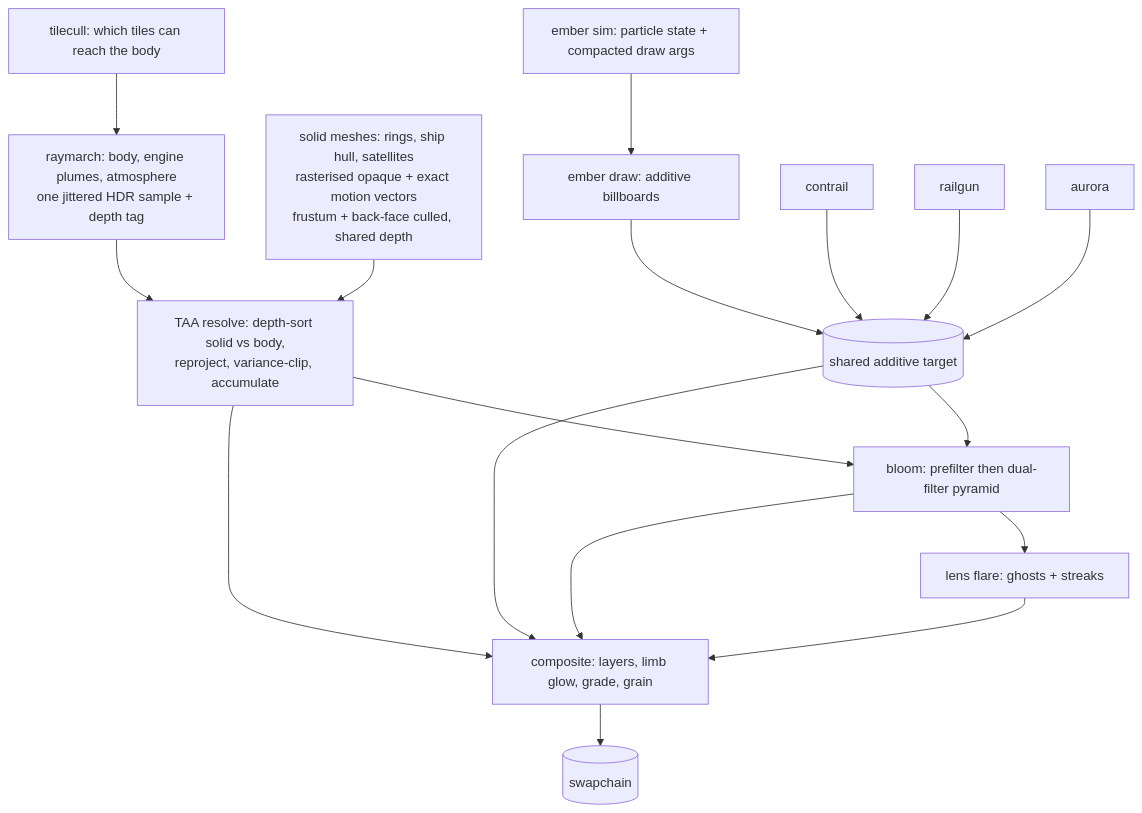
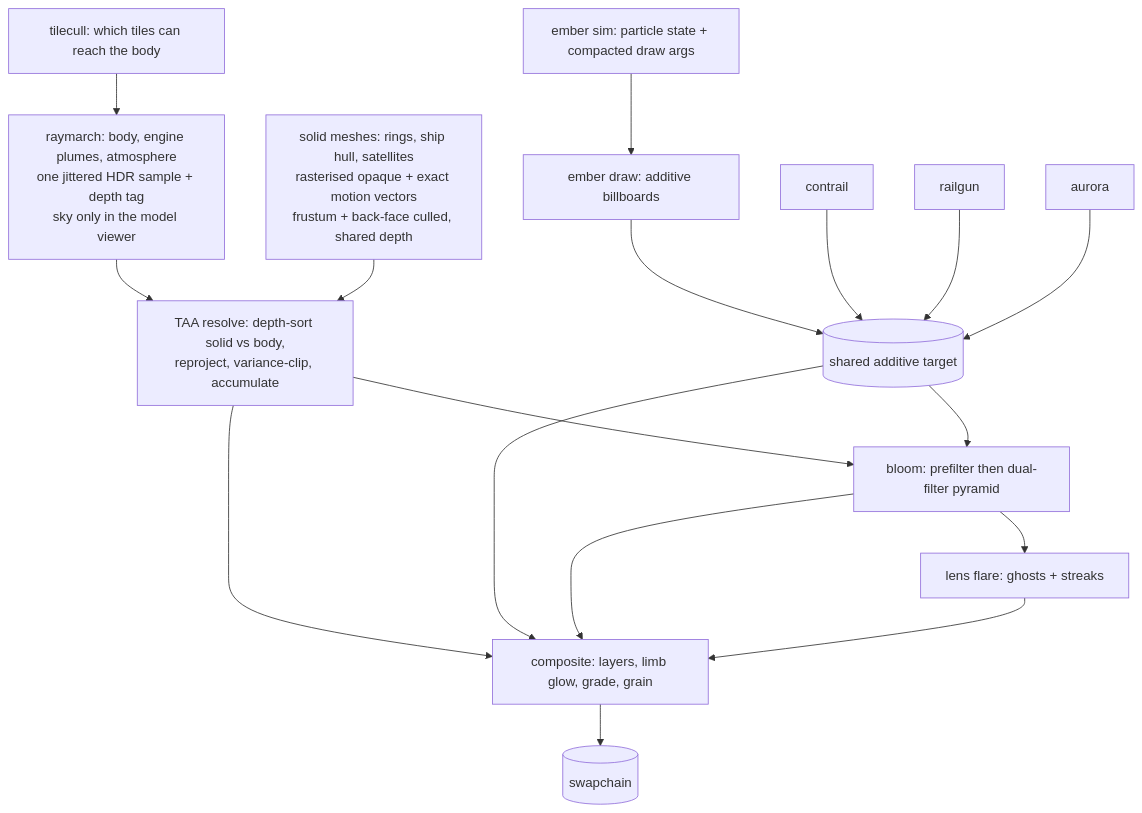
The diagram in ARCHITECTURE.md (xernobyl/potential-fishstick), drawn with Mermaid before and after one commit. The commit also changed other lines of this file and 17 other files, not shown here.

First line of the commit message:
feat: scenes, a model viewer, and full-quality recording

````diff
--- a/ARCHITECTURE.md
+++ b/ARCHITECTURE.md
@@ -50,20 +89,20 @@
 ```mermaid
 flowchart TD
     tilecull[tilecull: which tiles can reach the body] --> raymarch
-    raymarch[raymarch: body, engine plumes, atmosphere<br/>one jittered HDR sample + depth tag] --> taa
+    raymarch[raymarch: body, engine plumes, atmosphere<br/>one jittered HDR sample + depth tag<br/>sky only in the model viewer] --> taa
     solid[solid meshes: rings, ship hull, satellites<br/>rasterised opaque + exact motion vectors<br/>frustum + back-face culled, shared depth] --> taa
     taa[TAA resolve: depth-sort solid vs body,<br/>reproject, variance-clip, accumulate]
     taa --> bloom
     taa --> composite
     sim[ember sim: particle state + compacted draw args] --> embers
     embers[ember draw: additive billboards] --> additive
     contrail[contrail] --> additive
     railgun[railgun] --> additive
     aurora[aurora] --> additive
     additive[(shared additive target)] --> bloom
     additive --> composite
     bloom[bloom: prefilter then dual-filter pyramid] --> flare
     bloom --> composite
     flare[lens flare: ghosts + streaks] --> composite
     composite[composite: layers, limb glow, grade, grain] --> swap[(swapchain)]
 ```
````
